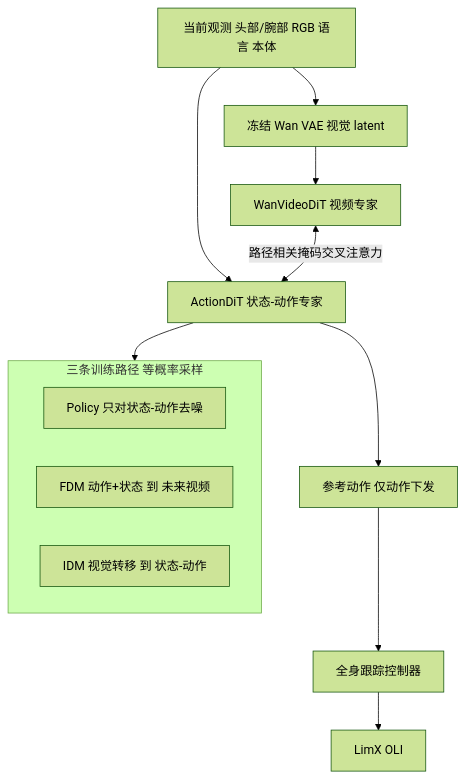
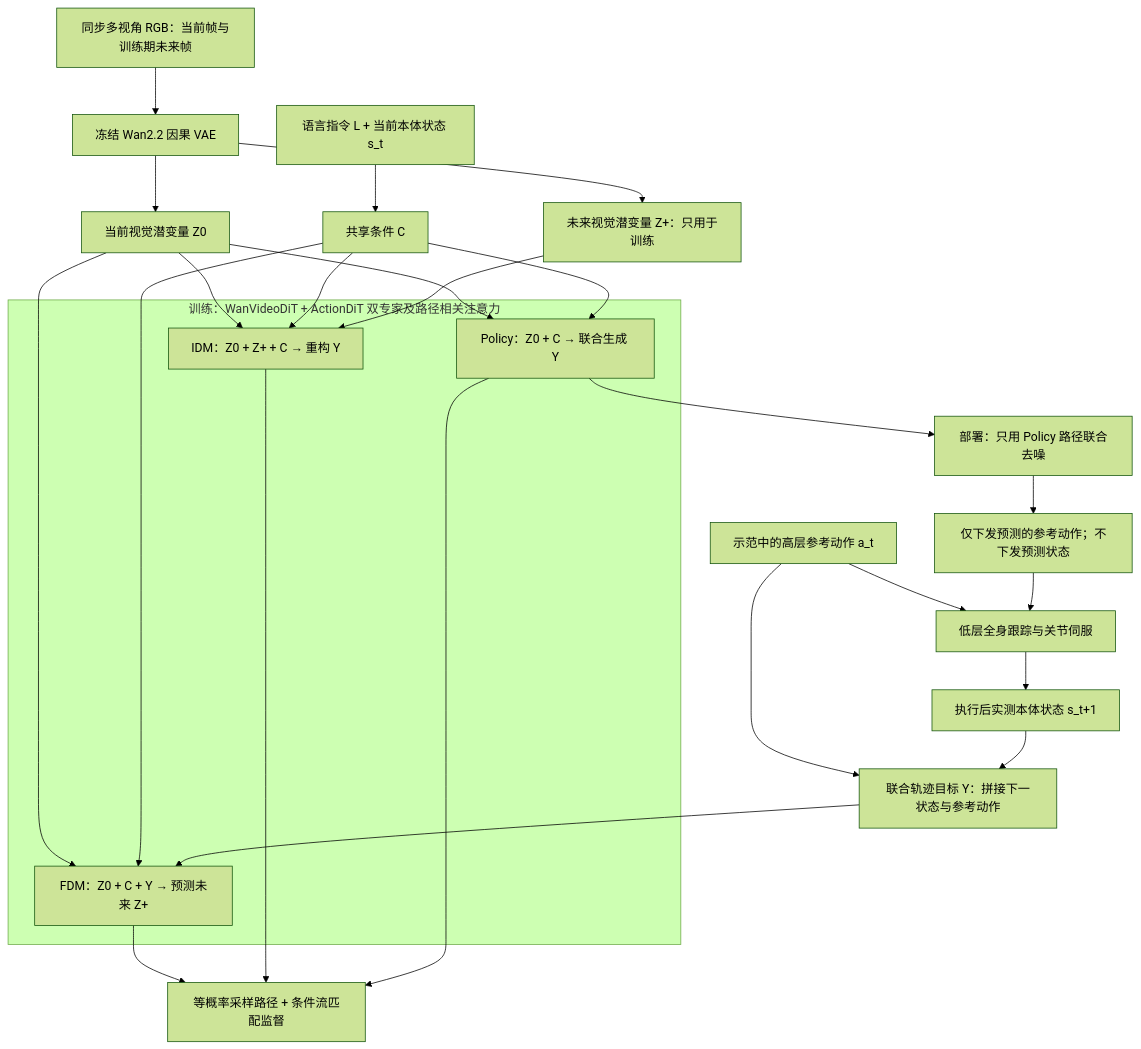
One commit to ImChong/Robotics_Notebooks changed the diagram in wiki/entities/paper-hwam-humanoid-world-action-model.md. Above: the diagram before and after it, drawn with Mermaid (forest theme). The commit also changed other lines of this file, not shown here.

Commit message:
[2026-11-09] ingest | wiki/entities/paper-hwam-humanoid-world-action-model.md — 补全 v2 方法流程图与健康度

````diff
--- a/wiki/entities/paper-hwam-humanoid-world-action-model.md
+++ b/wiki/entities/paper-hwam-humanoid-world-action-model.md
@@ -50,16 +52,30 @@
 ```mermaid
 flowchart TB
-  obs["当前观测 头部/腕部 RGB 语言 本体"] --> vae["冻结 Wan VAE 视觉 latent"]
-  vae --> vexp["WanVideoDiT 视频专家"]
-  obs --> aexp["ActionDiT 状态-动作专家"]
-  vexp <-->|"路径相关掩码交叉注意力"| aexp
-  subgraph paths ["三条训练路径 等概率采样"]
-    pol["Policy 只对状态-动作去噪"]
-    fdm["FDM 动作+状态 到 未来视频"]
-    idm["IDM 视觉转移 到 状态-动作"]
+  rgb["同步多视角 RGB：当前帧与训练期未来帧"] --> vae["冻结 Wan2.2 因果 VAE"]
+  vae --> z0["当前视觉潜变量 Z0"]
+  vae --> zp["未来视觉潜变量 Z+：只用于训练"]
+  cond["语言指令 L + 当前本体状态 s_t"] --> ctx["共享条件 C"]
+  refs["示范中的高层参考动作 a_t"] --> wbc["低层全身跟踪与关节伺服"]
+  wbc --> measured["执行后实测本体状态 s_t+1"]
+  refs --> joint["联合轨迹目标 Y：拼接下一状态与参考动作"]
+  measured --> joint
+  subgraph training ["训练：WanVideoDiT + ActionDiT 双专家及路径相关注意力"]
+    fdm["FDM：Z0 + C + Y → 预测未来 Z+"]
+    idm["IDM：Z0 + Z+ + C → 重构 Y"]
+    pol["Policy：Z0 + C → 联合生成 Y"]
   end
-  aexp --> paths
-  aexp --> act["参考动作 仅动作下发"]
-  act --> wbc["全身跟踪控制器"]
-  wbc --> oli["LimX OLI"]
+  z0 --> fdm
+  z0 --> idm
+  z0 --> pol
+  ctx --> fdm
+  ctx --> idm
+  ctx --> pol
+  zp --> idm
+  joint --> fdm
+  fdm --> loss["等概率采样路径 + 条件流匹配监督"]
+  idm --> loss
+  pol --> loss
+  pol --> infer["部署：只用 Policy 路径联合去噪"]
+  infer --> actions["仅下发预测的参考动作；不下发预测状态"]
+  actions --> wbc
 ```
````
